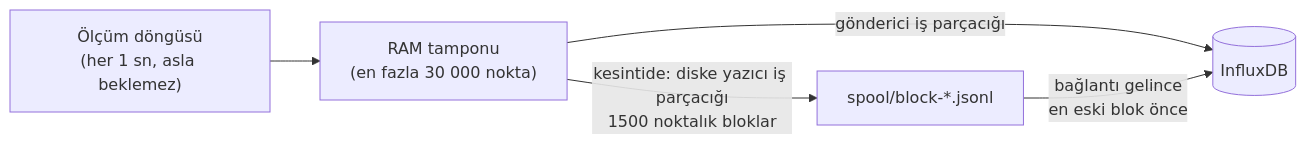
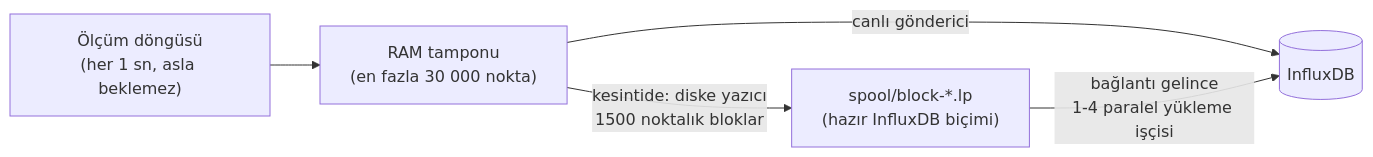
Before and after one commit to Proaiml/persecc: the third of 3 diagrams in README.md, drawn with Mermaid. The commit also changed other lines of this file and 5 other files, not shown here.

````diff
--- a/README.md
+++ b/README.md
@@ -259,7 +260,7 @@
 ```mermaid
 flowchart LR
     A["Ölçüm döngüsü<br/>(her 1 sn, asla beklemez)"] --> R["RAM tamponu<br/>(en fazla 30 000 nokta)"]
-    R -->|"gönderici iş parçacığı"| I[("InfluxDB")]
-    R -->|"kesintide: diske yazıcı iş parçacığı<br/>1500 noktalık bloklar"| D["spool/block-*.jsonl"]
-    D -->|"bağlantı gelince<br/>en eski blok önce"| I
+    R -->|"canlı gönderici"| I[("InfluxDB")]
+    R -->|"kesintide: diske yazıcı<br/>1500 noktalık bloklar"| D["spool/block-*.lp<br/>(hazır InfluxDB biçimi)"]
+    D -->|"bağlantı gelince<br/>1-4 paralel yükleme işçisi"| I
 ```
````
